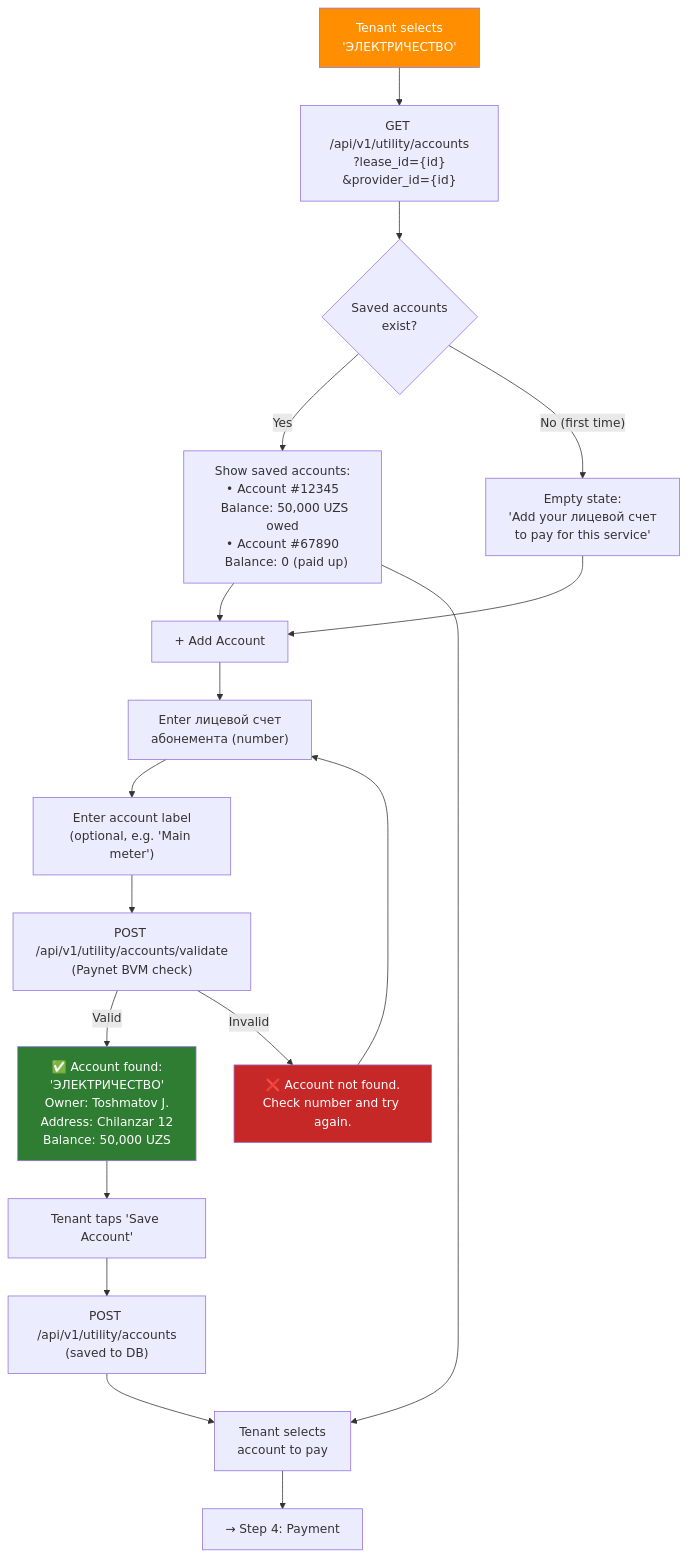
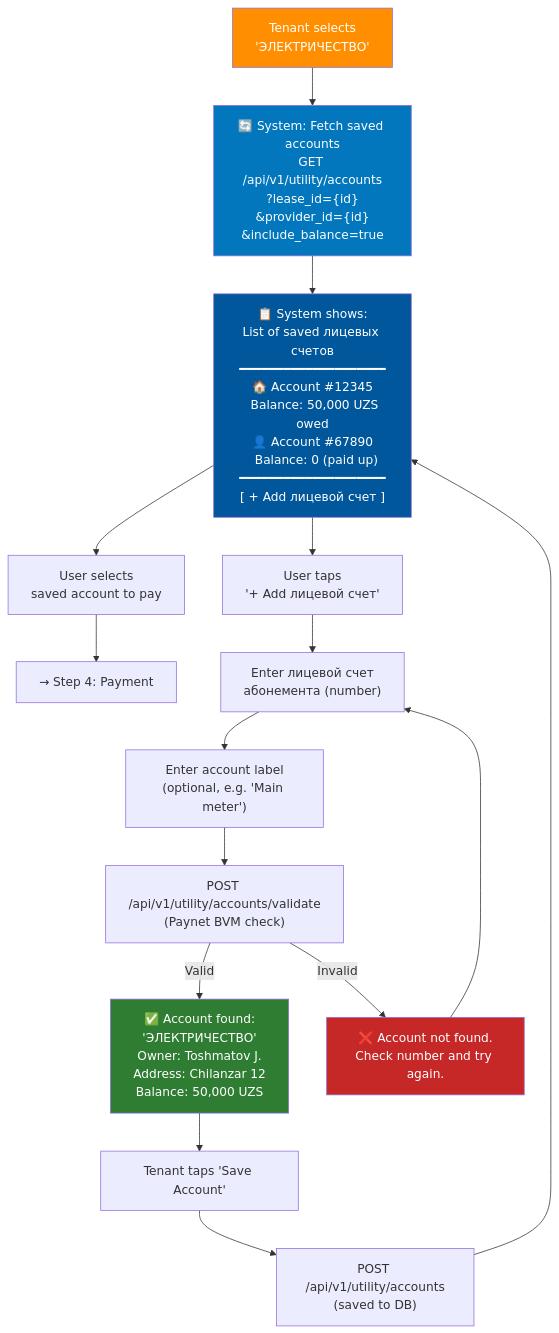
The fourth of 13 diagrams in utilities-payment-userflow.md (saodatm-dev/Utilities---Informational-Architecture), drawn with Mermaid before and after one commit. The commit also changed other lines of this file, not shown here.

Commit message:
feat: Rework utility account selection flow to always display a list of saved accounts with an option to add new ones.

````diff
--- a/utilities-payment-userflow.md
+++ b/utilities-payment-userflow.md
@@ -135,31 +139,29 @@
 ```mermaid
 flowchart TD
-    PROV["Tenant selects<br/>'ЭЛЕКТРИЧЕСТВО'"] --> CHECK["GET /api/v1/utility/accounts<br/>?lease_id={id}<br/>&provider_id={id}"]
+    PROV["Tenant selects<br/>'ЭЛЕКТРИЧЕСТВО'"] --> FETCH["🔄 System: Fetch saved accounts<br/>GET /api/v1/utility/accounts<br/>?lease_id={id}<br/>&provider_id={id}<br/>&include_balance=true"]
 
-    CHECK --> HAS{"Saved accounts<br/>exist?"}
+    FETCH --> LIST_SCREEN["📋 System shows:<br/>List of saved лицевых счетов<br/>━━━━━━━━━━━━━━━━━━━━<br/>🏠 Account #12345<br/>  Balance: 50,000 UZS owed<br/>👤 Account #67890<br/>  Balance: 0 (paid up)<br/>━━━━━━━━━━━━━━━━━━━━<br/>[ + Add лицевой счет ]"]
 
-    HAS -->|"Yes"| SHOW["Show saved accounts:<br/>• Account #12345<br/>  Balance: 50,000 UZS owed<br/>• Account #67890<br/>  Balance: 0 (paid up)"]
+    LIST_SCREEN --> SELECT_ACC["User selects<br/>saved account to pay"]
+    LIST_SCREEN --> ADD_FLOW["User taps<br/>'+ Add лицевой счет'"]
 
-    HAS -->|"No (first time)"| EMPTY["Empty state:<br/>'Add your лицевой счет<br/>to pay for this service'"]
-
-    EMPTY --> ADD_FLOW["+ Add Account"]
-    SHOW --> ADD_FLOW
-    SHOW --> SELECT_ACC["Tenant selects<br/>account to pay"]
     SELECT_ACC --> NEXT["→ Step 4: Payment"]
 
     ADD_FLOW --> INPUT["Enter лицевой счет<br/>абонемента (number)"]
     INPUT --> LABEL["Enter account label<br/>(optional, e.g. 'Main meter')"]
     LABEL --> BVM["POST /api/v1/utility/accounts/validate<br/>(Paynet BVM check)"]
 
     BVM -->|"Valid"| FOUND["✅ Account found:<br/>'ЭЛЕКТРИЧЕСТВО'<br/>Owner: Toshmatov J.<br/>Address: Chilanzar 12<br/>Balance: 50,000 UZS"]
     BVM -->|"Invalid"| NOTFOUND["❌ Account not found.<br/>Check number and try again."]
     NOTFOUND --> INPUT
 
     FOUND --> SAVE_BTN["Tenant taps 'Save Account'"]
     SAVE_BTN --> SAVED["POST /api/v1/utility/accounts<br/>(saved to DB)"]
-    SAVED --> SELECT_ACC
+    SAVED --> LIST_SCREEN
 
     style PROV fill:#FF8F00,color:#fff
+    style FETCH fill:#0277BD,color:#fff
+    style LIST_SCREEN fill:#01579B,color:#fff
     style FOUND fill:#2E7D32,color:#fff
     style NOTFOUND fill:#C62828,color:#fff
 ```
````
